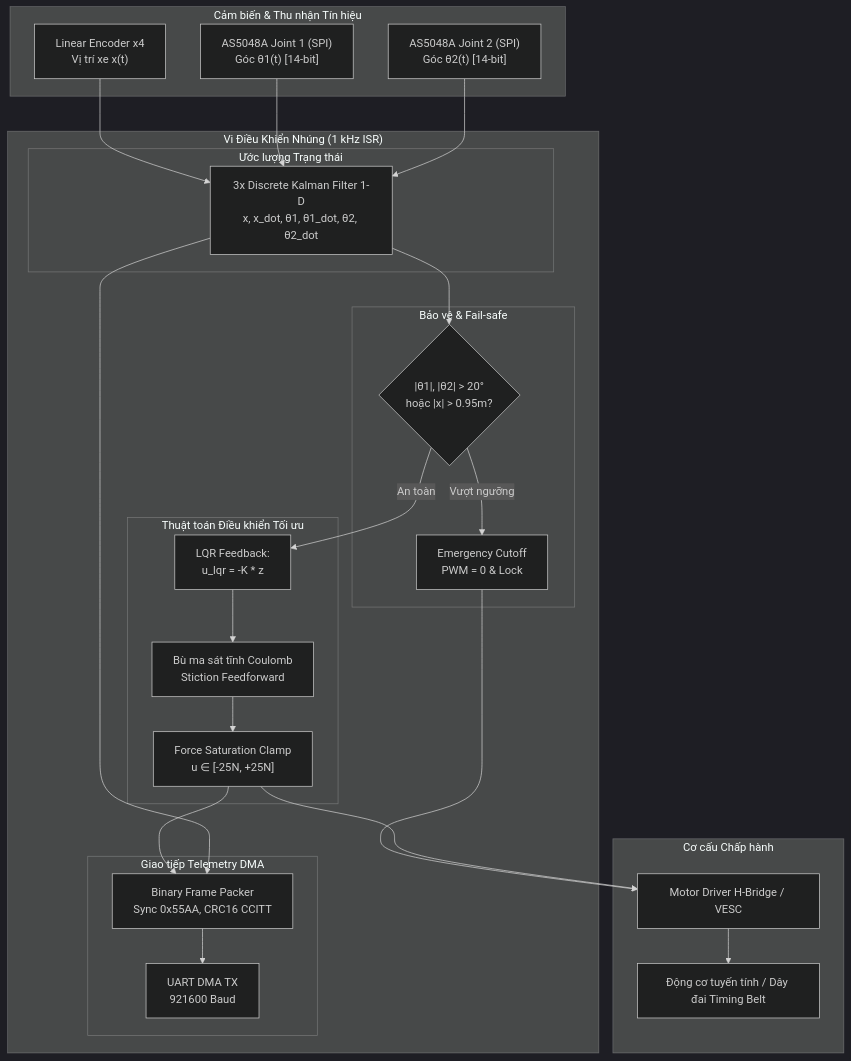
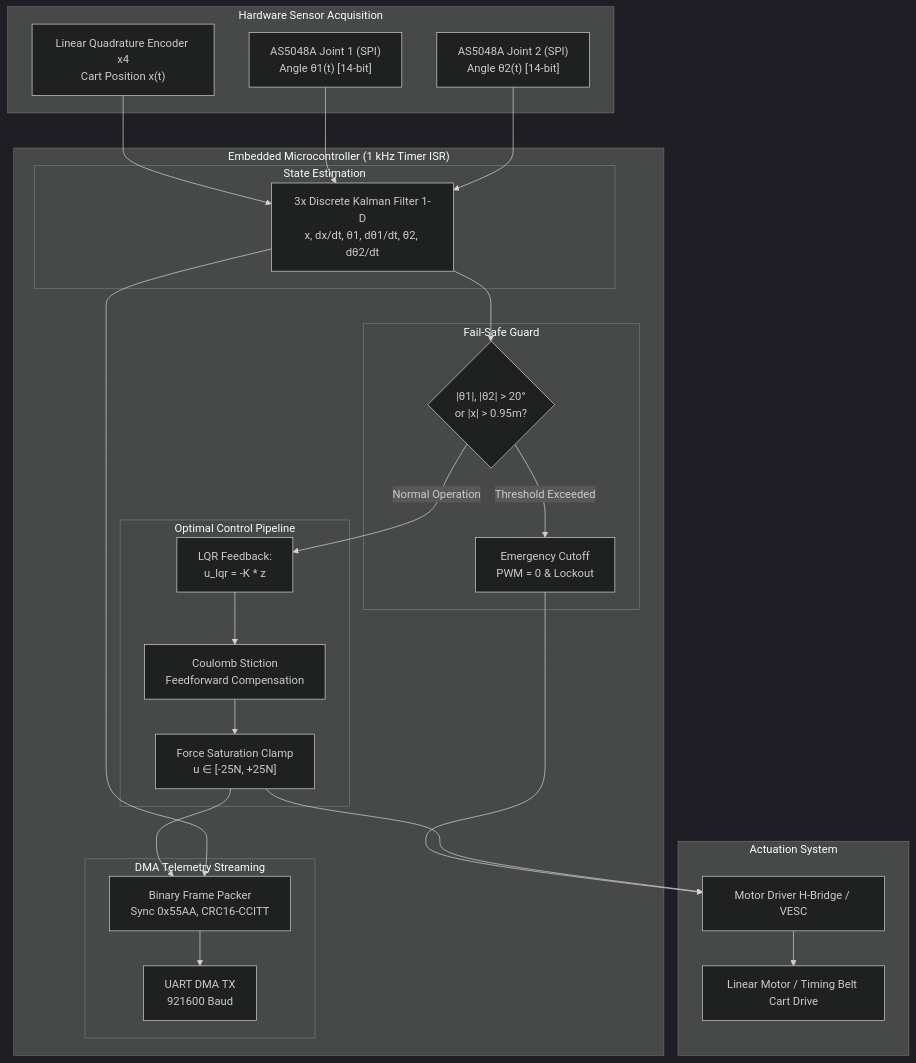
One commit to Harrynguyen190807/double-inverted-pendulum-control changed the diagram in README.md. Above: the diagram before and after it, drawn with Mermaid (dark theme). The commit also changed other lines of this file and 10 other files, not shown here.

Commit message:
docs: translate all documentation, skills, and architecture files to English

````diff
--- a/README.md
+++ b/README.md
@@ -14,46 +14,46 @@
 ```mermaid
 flowchart TD
-    subgraph SENSORS["Cảm biến & Thu nhận Tín hiệu"]
-        ENC["Linear Encoder x4<br/>Vị trí xe x(t)"]
-        AS1["AS5048A Joint 1 (SPI)<br/>Góc θ1(t) [14-bit]"]
-        AS2["AS5048A Joint 2 (SPI)<br/>Góc θ2(t) [14-bit]"]
+    subgraph SENSORS["Hardware Sensor Acquisition"]
+        ENC["Linear Quadrature Encoder x4<br/>Cart Position x(t)"]
+        AS1["AS5048A Joint 1 (SPI)<br/>Angle θ1(t) [14-bit]"]
+        AS2["AS5048A Joint 2 (SPI)<br/>Angle θ2(t) [14-bit]"]
     end
 
-    subgraph MCU["Vi Điều Khiển Nhúng (1 kHz ISR)"]
-        subgraph ESTIMATION["Ước lượng Trạng thái"]
-            KF["3x Discrete Kalman Filter 1-D<br/>x, x_dot, θ1, θ1_dot, θ2, θ2_dot"]
+    subgraph MCU["Embedded Microcontroller (1 kHz Timer ISR)"]
+        subgraph ESTIMATION["State Estimation"]
+            KF["3x Discrete Kalman Filter 1-D<br/>x, dx/dt, θ1, dθ1/dt, θ2, dθ2/dt"]
         end
 
-        subgraph SAFETY["Bảo vệ & Fail-safe"]
-            SAFE{"|θ1|, |θ2| > 20°<br/>hoặc |x| > 0.95m?"}
-            E_STOP["Emergency Cutoff<br/>PWM = 0 & Lock"]
+        subgraph SAFETY["Fail-Safe Guard"]
+            SAFE{"|θ1|, |θ2| > 20°<br/>or |x| > 0.95m?"}
+            E_STOP["Emergency Cutoff<br/>PWM = 0 & Lockout"]
         end
 
-        subgraph CONTROL["Thuật toán Điều khiển Tối ưu"]
+        subgraph CONTROL["Optimal Control Pipeline"]
             LQR["LQR Feedback:<br/>u_lqr = -K * z"]
-            STICT["Bù ma sát tĩnh Coulomb<br/>Stiction Feedforward"]
+            STICT["Coulomb Stiction<br/>Feedforward Compensation"]
             CLAMP["Force Saturation Clamp<br/>u ∈ [-25N, +25N]"]
         end
 
-        subgraph TELEMETRY["Giao tiếp Telemetry DMA"]
-            PACK["Binary Frame Packer<br/>Sync 0x55AA, CRC16 CCITT"]
+        subgraph TELEMETRY["DMA Telemetry Streaming"]
+            PACK["Binary Frame Packer<br/>Sync 0x55AA, CRC16-CCITT"]
             UART["UART DMA TX<br/>921600 Baud"]
         end
     end
 
-    subgraph ACTUATOR["Cơ cấu Chấp hành"]
+    subgraph ACTUATOR["Actuation System"]
         DRIVER["Motor Driver H-Bridge / VESC"]
-        MOTOR["Động cơ tuyến tính / Dây đai Timing Belt"]
+        MOTOR["Linear Motor / Timing Belt Cart Drive"]
     end
 
     ENC --> KF
     AS1 --> KF
     AS2 --> KF
 
     KF --> SAFE
-    SAFE -- Vượt ngưỡng --> E_STOP --> DRIVER
-    SAFE -- An toàn --> LQR --> STICT --> CLAMP --> DRIVER --> MOTOR
+    SAFE -- Threshold Exceeded --> E_STOP --> DRIVER
+    SAFE -- Normal Operation --> LQR --> STICT --> CLAMP --> DRIVER --> MOTOR
 
     CLAMP --> PACK --> UART
     KF --> PACK
 ```
````
